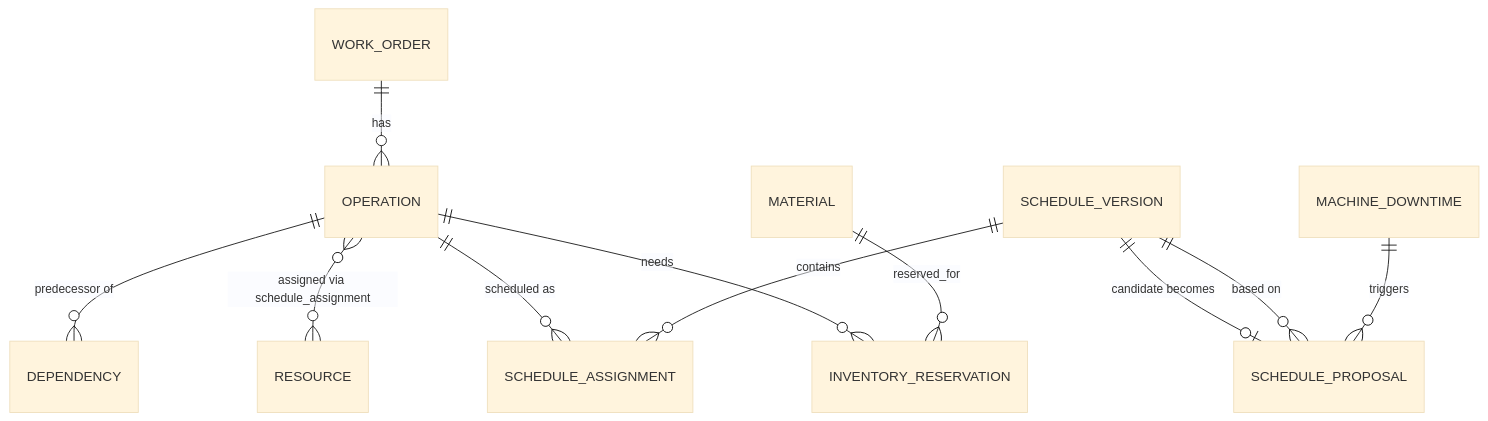
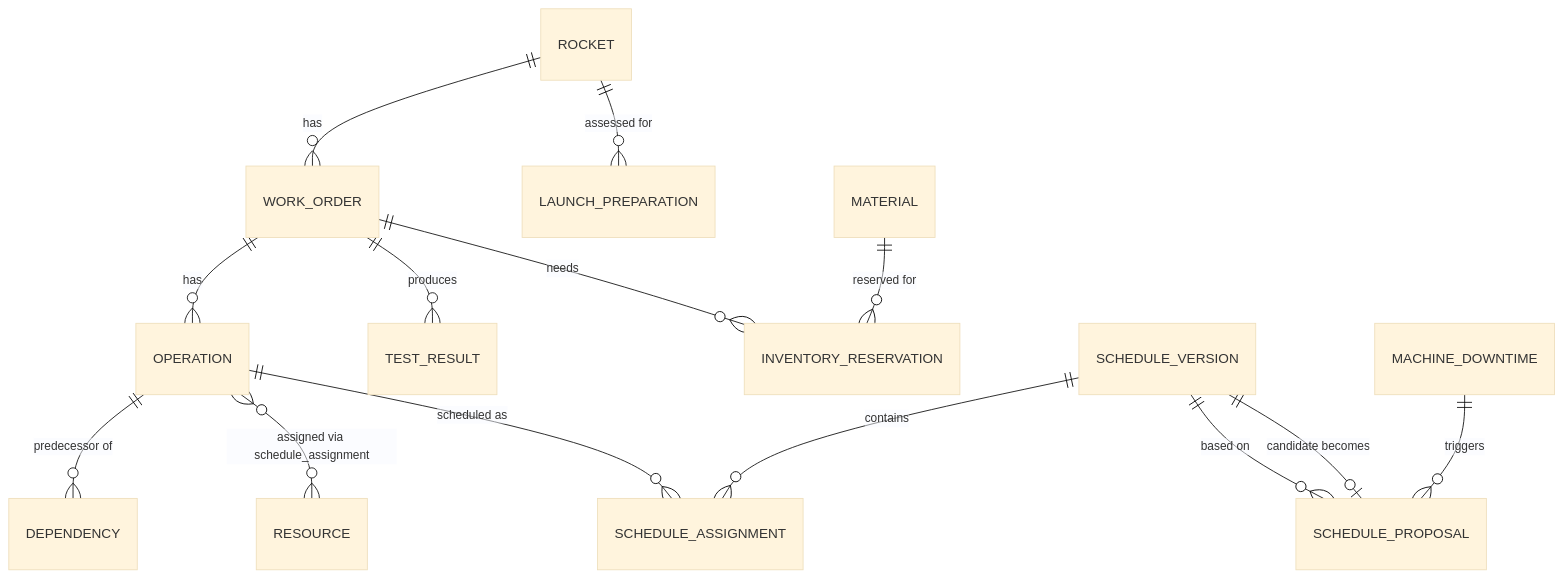
One commit to jax4000-ai/aeroplan-ai changed the diagram in docs/data-model.md. Above: the diagram before and after it, drawn with Mermaid (base theme). The commit also changed other lines of this file and 14 other files, not shown here.

First line of the commit message:
Refine architecture to match detailed diagram: 4-service Java split, Launch Readiness Agent, Rocket/TestResult/LaunchPreparation entities, S3

````diff
--- a/docs/data-model.md
+++ b/docs/data-model.md
@@ -177,13 +258,16 @@
 ```mermaid
 erDiagram
+    ROCKET ||--o{ WORK_ORDER : has
+    ROCKET ||--o{ LAUNCH_PREPARATION : "assessed for"
     WORK_ORDER ||--o{ OPERATION : has
+    WORK_ORDER ||--o{ TEST_RESULT : "produces"
+    WORK_ORDER ||--o{ INVENTORY_RESERVATION : needs
     OPERATION ||--o{ DEPENDENCY : "predecessor of"
     OPERATION }o--o{ RESOURCE : "assigned via schedule_assignment"
     SCHEDULE_VERSION ||--o{ SCHEDULE_ASSIGNMENT : contains
     OPERATION ||--o{ SCHEDULE_ASSIGNMENT : "scheduled as"
-    MATERIAL ||--o{ INVENTORY_RESERVATION : reserved_for
-    OPERATION ||--o{ INVENTORY_RESERVATION : needs
+    MATERIAL ||--o{ INVENTORY_RESERVATION : "reserved for"
     MACHINE_DOWNTIME ||--o{ SCHEDULE_PROPOSAL : triggers
     SCHEDULE_VERSION ||--o{ SCHEDULE_PROPOSAL : "based on"
     SCHEDULE_VERSION ||--o| SCHEDULE_PROPOSAL : "candidate becomes"
 ```
````
